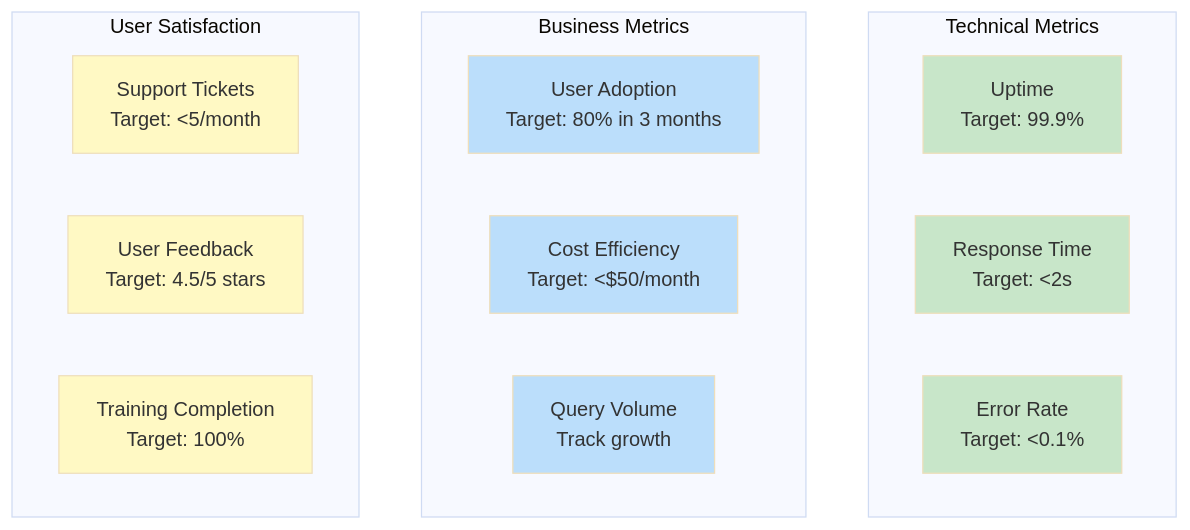
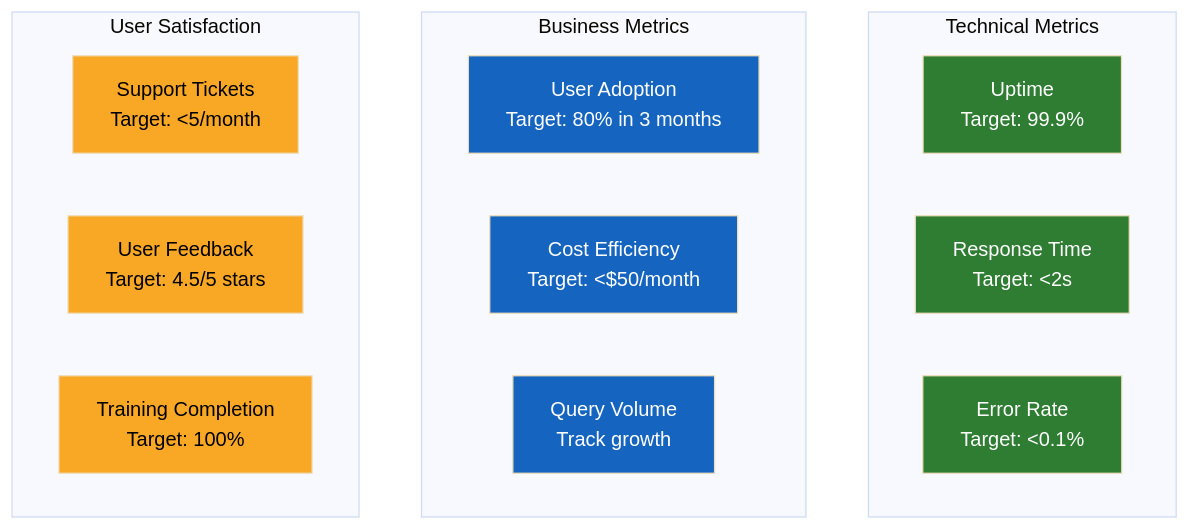
Before and after one commit to SamyamoyRakshitSigmoid/MCP-Exploration: diagram 12 of 15 in AWS_DEPLOYMENT_EXECUTIVE_GUIDE.md, drawn with Mermaid (base theme). The commit also changed other lines of this file, not shown here.

Commit message:
style: Update diagram colors for improved visibility and consistency

````diff
--- a/AWS_DEPLOYMENT_EXECUTIVE_GUIDE.md
+++ b/AWS_DEPLOYMENT_EXECUTIVE_GUIDE.md
@@ -635,30 +635,30 @@
 ```mermaid
 graph TB
     subgraph "Technical Metrics"
         A1[Uptime<br/>Target: 99.9%]
         A2[Response Time<br/>Target: <2s]
         A3[Error Rate<br/>Target: <0.1%]
     end
     
     subgraph "Business Metrics"
         B1[User Adoption<br/>Target: 80% in 3 months]
         B2[Cost Efficiency<br/>Target: <$50/month]
         B3[Query Volume<br/>Track growth]
     end
     
     subgraph "User Satisfaction"
         C1[Support Tickets<br/>Target: <5/month]
         C2[User Feedback<br/>Target: 4.5/5 stars]
         C3[Training Completion<br/>Target: 100%]
     end
     
-    style A1 fill:#c8e6c9
-    style A2 fill:#c8e6c9
-    style A3 fill:#c8e6c9
-    style B1 fill:#bbdefb
-    style B2 fill:#bbdefb
-    style B3 fill:#bbdefb
-    style C1 fill:#fff9c4
-    style C2 fill:#fff9c4
-    style C3 fill:#fff9c4
+    style A1 fill:#2e7d32,color:#fff
+    style A2 fill:#2e7d32,color:#fff
+    style A3 fill:#2e7d32,color:#fff
+    style B1 fill:#1565c0,color:#fff
+    style B2 fill:#1565c0,color:#fff
+    style B3 fill:#1565c0,color:#fff
+    style C1 fill:#f9a825,color:#000
+    style C2 fill:#f9a825,color:#000
+    style C3 fill:#f9a825,color:#000
 ```
````
